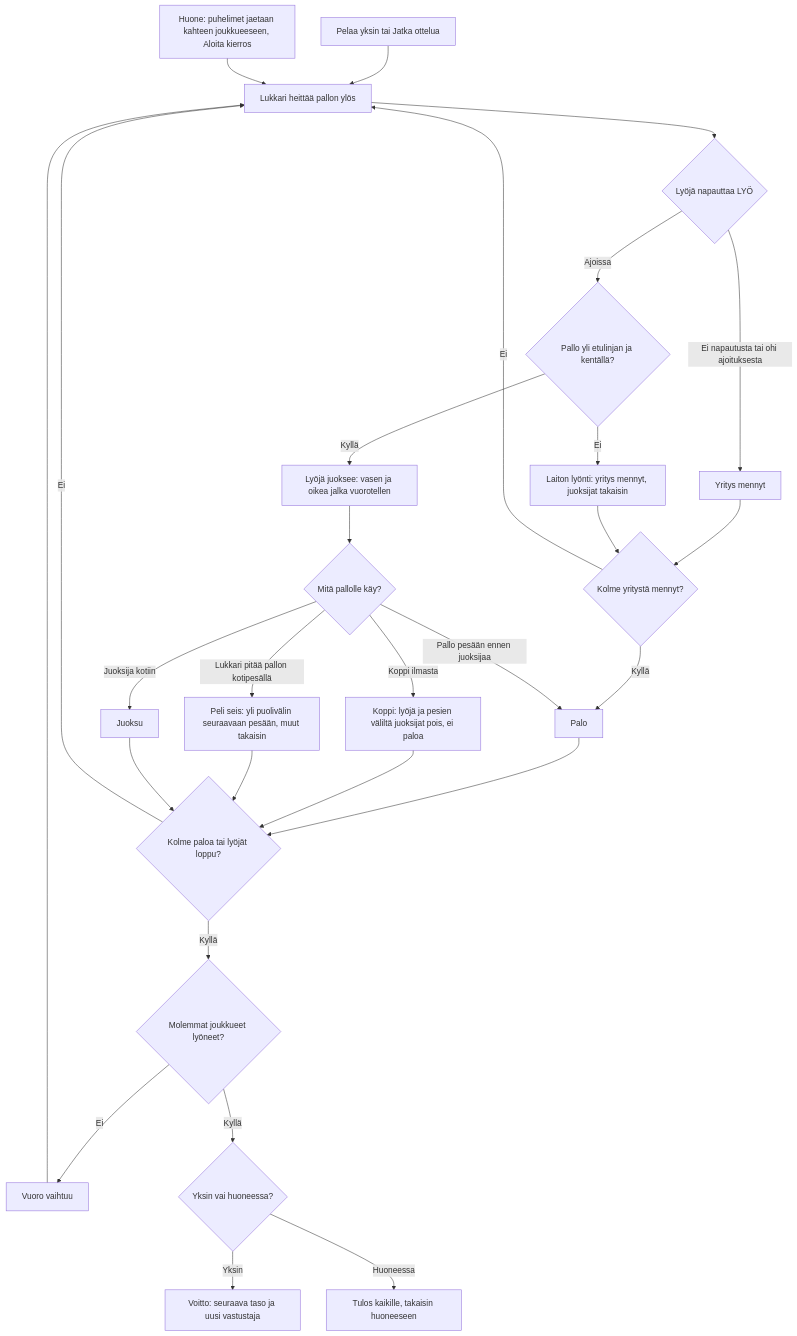
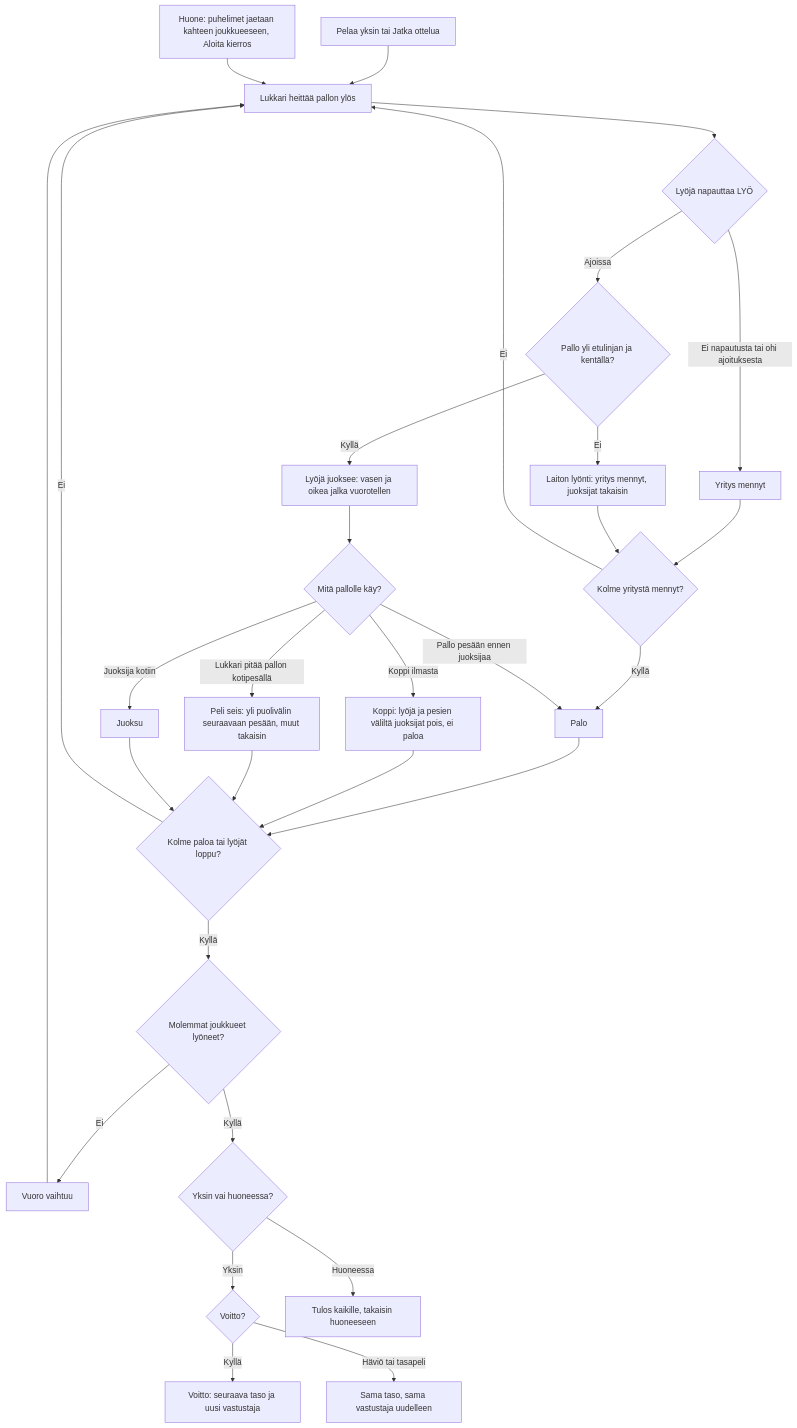
The diagram in docs/diagrams/pesis.md (eerovil/ai-pelit), drawn with Mermaid before and after one commit. The commit also changed other lines of this file and 1 other file, not shown here.

Commit message:
Pesis v1: diagram fixes from review round 2 (#504)
sulava-liike.md names Pesis v1 as the exception to "own player moves at
once" (its guest draws every player through sulava); pesis.md shows the
solo end's win check and the loss-or-tie path.

````diff
--- a/docs/diagrams/pesis.md
+++ b/docs/diagrams/pesis.md
@@ -10,35 +10,37 @@
 ```mermaid
 flowchart TD
   A[Pelaa yksin tai Jatka ottelua] --> B[Lukkari heittää pallon ylös]
   R[Huone: puhelimet jaetaan kahteen joukkueeseen, Aloita kierros] --> B
   B --> C{Lyöjä napauttaa LYÖ}
   C -- Ei napautusta tai ohi ajoituksesta --> D[Yritys mennyt]
   C -- Ajoissa --> E{Pallo yli etulinjan ja kentällä?}
   E -- Ei --> F[Laiton lyönti: yritys mennyt, juoksijat takaisin]
   E -- Kyllä --> G[Lyöjä juoksee: vasen ja oikea jalka vuorotellen]
   D --> H{Kolme yritystä mennyt?}
   F --> H
   H -- Kyllä --> I[Palo]
   H -- Ei --> B
   G --> J{Mitä pallolle käy?}
   J -- Koppi ilmasta --> K[Koppi: lyöjä ja pesien väliltä juoksijat pois, ei paloa]
   J -- Pallo pesään ennen juoksijaa --> I
   J -- Lukkari pitää pallon kotipesällä --> L[Peli seis: yli puolivälin seuraavaan pesään, muut takaisin]
   J -- Juoksija kotiin --> M[Juoksu]
   I --> N{Kolme paloa tai lyöjät loppu?}
   K --> N
   L --> N
   M --> N
   N -- Ei --> B
   N -- Kyllä --> O{Molemmat joukkueet lyöneet?}
   O -- Ei --> P[Vuoro vaihtuu] --> B
   O -- Kyllä --> Q{Yksin vai huoneessa?}
-  Q -- Yksin --> S[Voitto: seuraava taso ja uusi vastustaja]
+  Q -- Yksin --> U{Voitto?}
+  U -- Kyllä --> S[Voitto: seuraava taso ja uusi vastustaja]
+  U -- Häviö tai tasapeli --> V[Sama taso, sama vastustaja uudelleen]
   Q -- Huoneessa --> T[Tulos kaikille, takaisin huoneeseen]
   class A,B,G blue
-  class C,E,H,J,N,O,Q amber
+  class C,E,H,J,N,O,Q,U amber
   class M,L teal
-  class D,F,I,K rose
+  class D,F,I,K,V rose
   class R,T violet
   class S,P green
 ```
````
